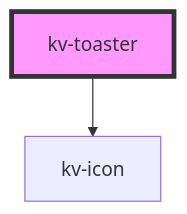
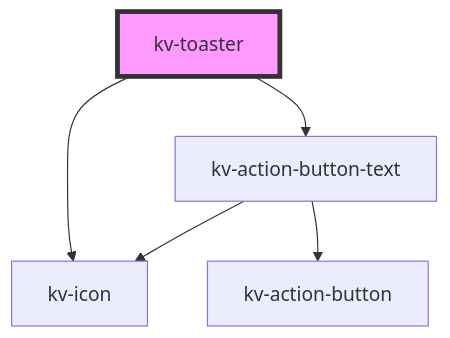
One commit to kelvininc/ui-components changed the diagram in packages/ui-components/src/components/toaster/readme.md. Above: the diagram before and after it, drawn with Mermaid. The commit also changed other lines of this file and 10 other files, not shown here.

````diff
--- a/packages/ui-components/src/components/toaster/readme.md
+++ b/packages/ui-components/src/components/toaster/readme.md
@@ -78,5 +78,8 @@
 ```mermaid
 graph TD;
   kv-toaster --> kv-icon
+  kv-toaster --> kv-action-button-text
+  kv-action-button-text --> kv-action-button
+  kv-action-button-text --> kv-icon
   style kv-toaster fill:#f9f,stroke:#333,stroke-width:4px
 ```
````
